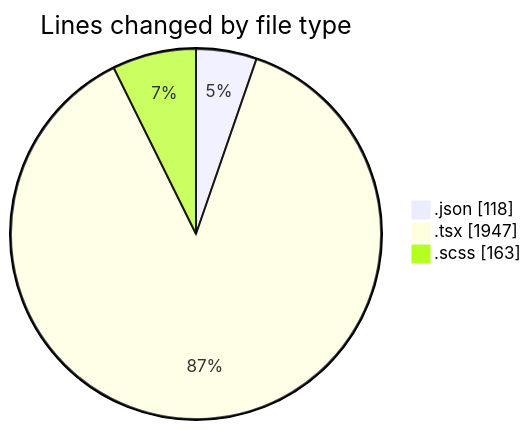
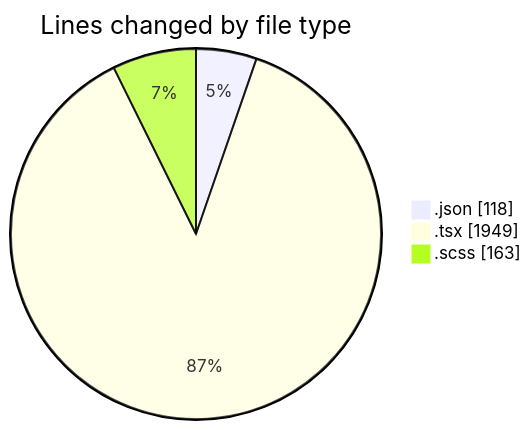
One commit to momahboobian/code-tracking changed the first of 2 diagrams in 2025-11-19/cda/README.md. Above: the diagram before and after it, drawn with Mermaid. The commit also changed other lines of this file and 1 other file, not shown here.

````diff
--- a/2025-11-19/cda/README.md
+++ b/2025-11-19/cda/README.md
@@ -23,7 +23,7 @@
 ```mermaid
 pie showData
 title Lines changed by file type
 ".json" : 118
-".tsx" : 1947
+".tsx" : 1949
 ".scss" : 163
 ```
````
